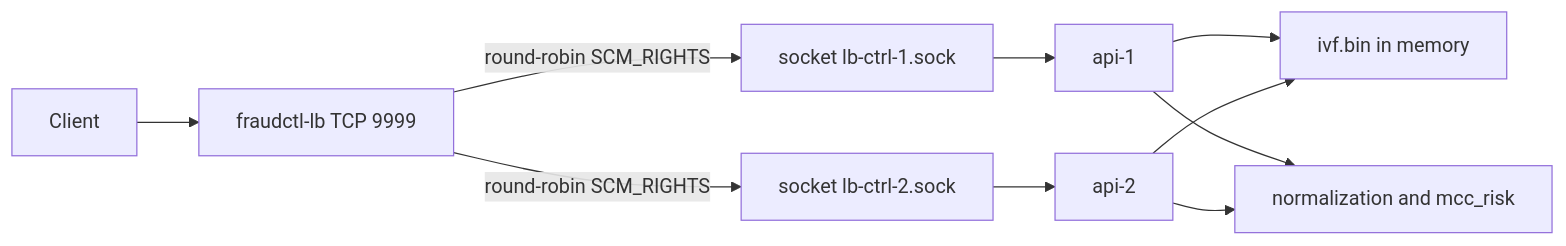
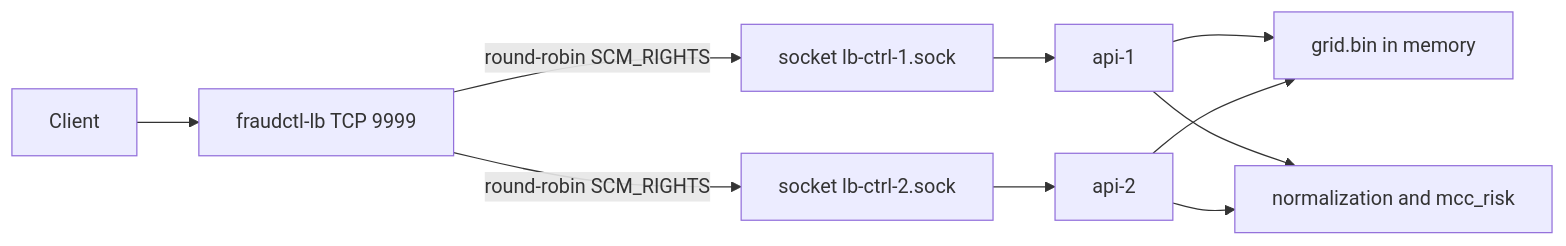
One commit to fabianoflorentino/fraudctl changed the first of 3 diagrams in docs/ARCHITECTURE.md. Above: the diagram before and after it, drawn with Mermaid. The commit also changed other lines of this file and 1 other file, not shown here.

First line of the commit message:
docs: update README and ARCHITECTURE for grid index

````diff
--- a/docs/ARCHITECTURE.md
+++ b/docs/ARCHITECTURE.md
@@ -14,12 +14,12 @@
 ```mermaid
 flowchart LR
     C[Client] --> LB[fraudctl-lb TCP 9999]
     LB -->|round-robin SCM_RIGHTS| S1[socket lb-ctrl-1.sock]
     LB -->|round-robin SCM_RIGHTS| S2[socket lb-ctrl-2.sock]
     S1 --> API1[api-1]
     S2 --> API2[api-2]
-    API1 --> IDX[ivf.bin in memory]
+    API1 --> IDX[grid.bin in memory]
     API2 --> IDX
     API1 --> CFG[normalization and mcc_risk]
     API2 --> CFG
 ```
````
